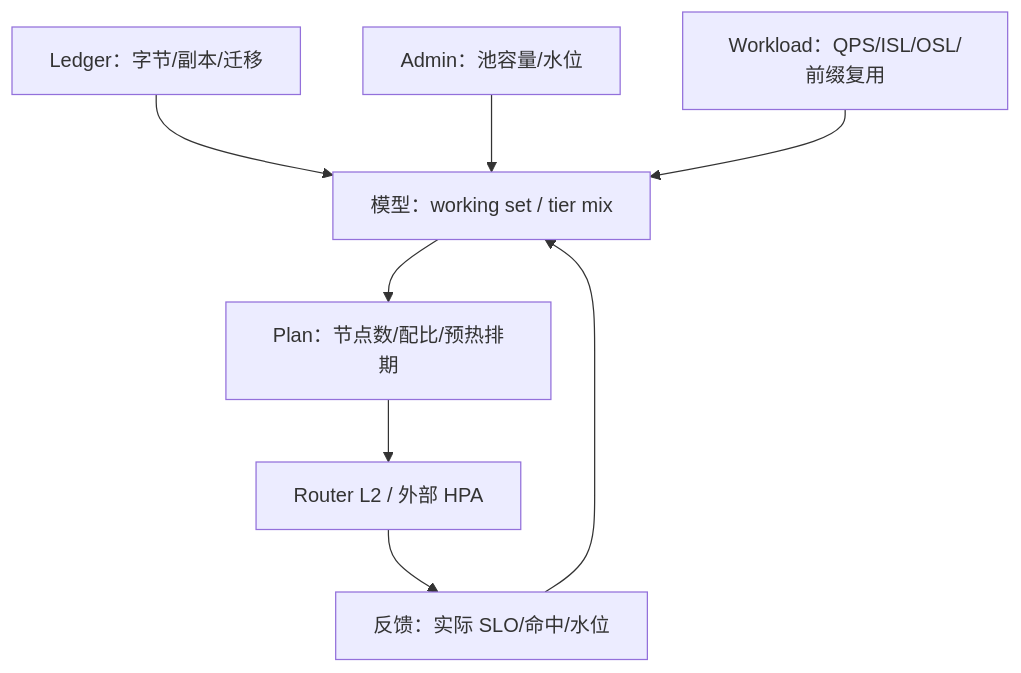
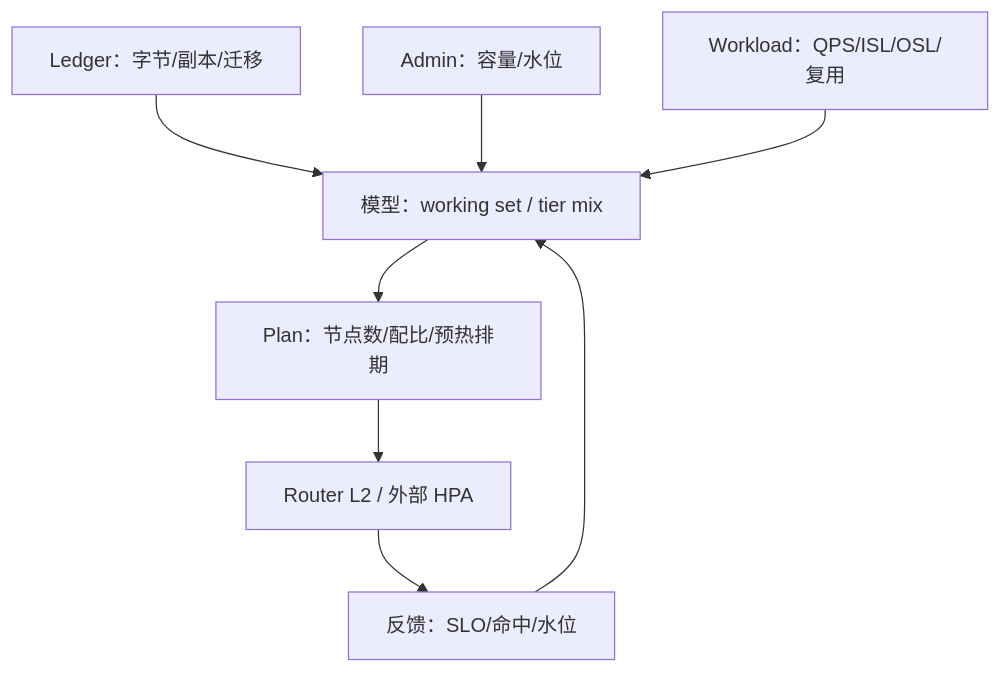
Before and after one commit to 5x8-40/lake: the seventh of 9 diagrams in kvcm/design/D9-kv-services.md, drawn with Mermaid. The commit also changed other lines of this file and 5 other files, not shown here.

````diff
--- a/kvcm/design/D9-kv-services.md
+++ b/kvcm/design/D9-kv-services.md
@@ -438,10 +253,10 @@
 ```mermaid
 flowchart TB
     L["Ledger：字节/副本/迁移"] --> M["模型：working set / tier mix"]
-    A["Admin：池容量/水位"] --> M
-    W["Workload：QPS/ISL/OSL/前缀复用"] --> M
+    A["Admin：容量/水位"] --> M
+    W["Workload：QPS/ISL/OSL/复用"] --> M
     M --> P["Plan：节点数/配比/预热排期"]
     P --> R["Router L2 / 外部 HPA"]
-    R --> F["反馈：实际 SLO/命中/水位"]
+    R --> F["反馈：SLO/命中/水位"]
     F --> M
 ```
````
